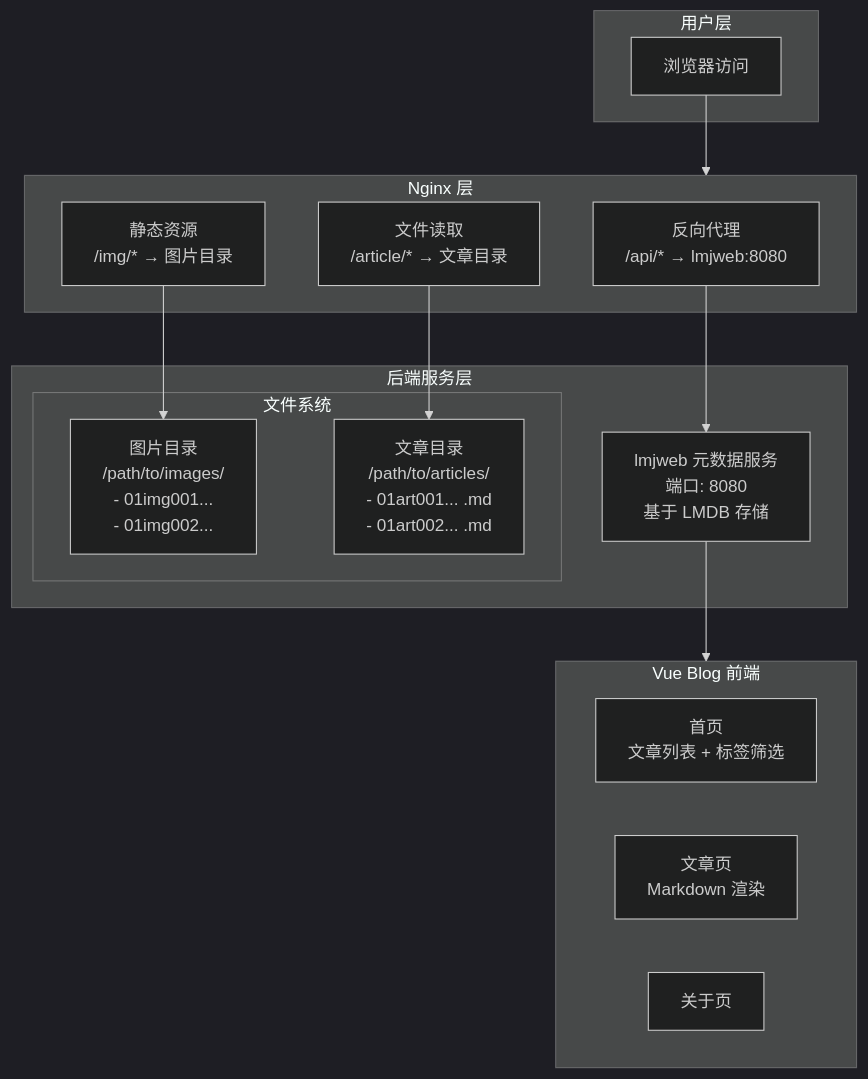
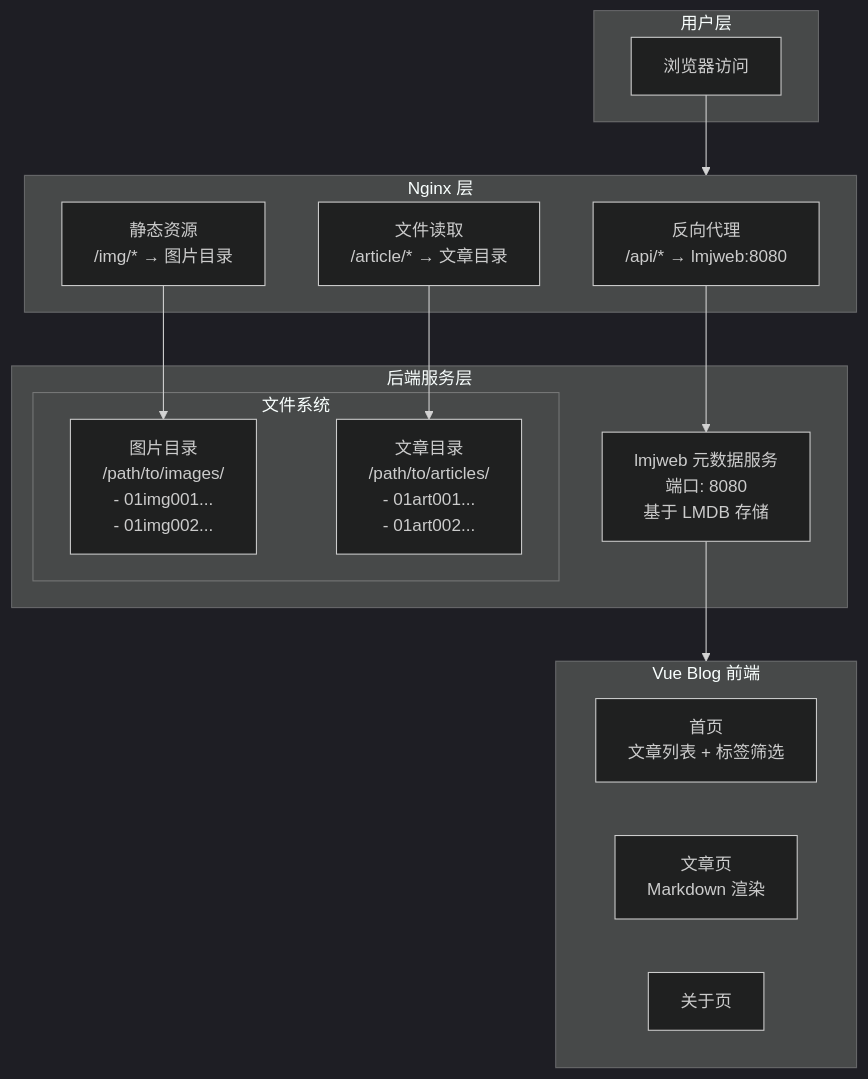
The first of 8 diagrams in docs/architecture.md (QiDream-hub/Blog-vue), drawn with Mermaid (dark theme) before and after one commit. The commit also changed 40 other files, not shown here.

````diff
--- a/docs/architecture.md
+++ b/docs/architecture.md
@@ -7,33 +7,33 @@
 ```mermaid
 flowchart TB
     subgraph User["用户层"]
         Browser[浏览器访问]
     end
 
     subgraph Nginx["Nginx 层"]
         ReverseProxy[反向代理<br/>/api/* → lmjweb:8080]
         Static[静态资源<br/>/img/* → 图片目录]
         FileRead[文件读取<br/>/article/* → 文章目录]
     end
 
     subgraph Backend["后端服务层"]
         LMJWeb[lmjweb 元数据服务<br/>端口: 8080<br/>基于 LMDB 存储]
         
         subgraph FileSystem["文件系统"]
             Images[图片目录<br/>/path/to/images/<br/>- 01img001...<br/>- 01img002...]
-            Articles[文章目录<br/>/path/to/articles/<br/>- 01art001... .md<br/>- 01art002... .md]
+            Articles[文章目录<br/>/path/to/articles/<br/>- 01art001...<br/>- 01art002...]
         end
     end
 
     subgraph Frontend["Vue Blog 前端"]
         Home[首页<br/>文章列表 + 标签筛选]
         Post[文章页<br/>Markdown 渲染]
         About[关于页]
     end
 
     Browser --> Nginx
     ReverseProxy --> LMJWeb
     Static --> Images
     FileRead --> Articles
     LMJWeb --> Frontend
 ```
````
